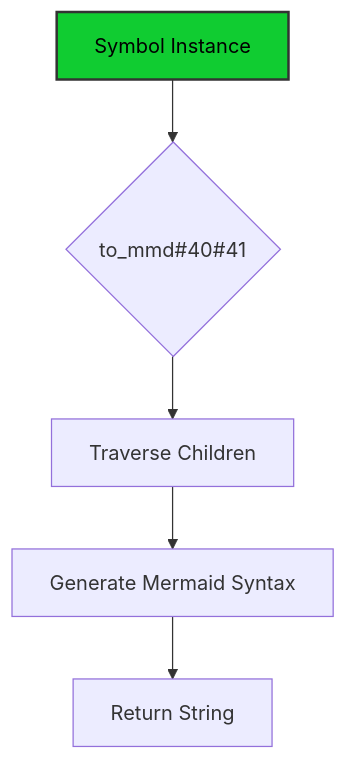
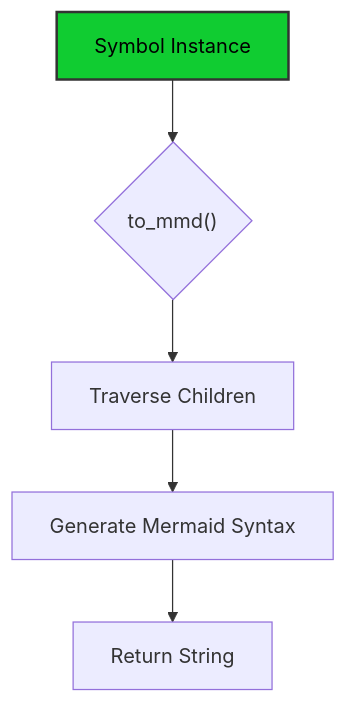
The sixth of 13 diagrams in docs/readme_details/8_api_highlights/index.md (ikko/sym), drawn with Mermaid before and after one commit. The commit also changed other lines of this file and 17 other files, not shown here.

````diff
--- a/docs/readme_details/8_api_highlights/index.md
+++ b/docs/readme_details/8_api_highlights/index.md
@@ -252,11 +252,11 @@
 ```mermaid
 graph TD
-    A[Symbol Instance] --> B{to_mmd#40#41};
+    A[Symbol Instance] --> B{to_mmd#40;#41;};
     B --> C[Traverse Children];;
     C --> D[Generate Mermaid Syntax];
     D --> E[Return String];
 
     style A fill:#10cc31,stroke:#333,stroke-width:2px,color:#000000;
 
     style A fill:#10cc31,stroke:#333,stroke-width:2px,color:#000000;
 ```
````
